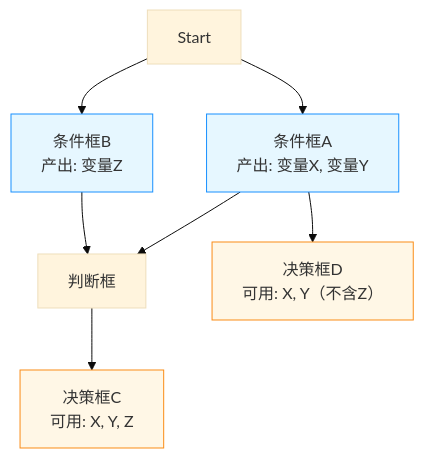
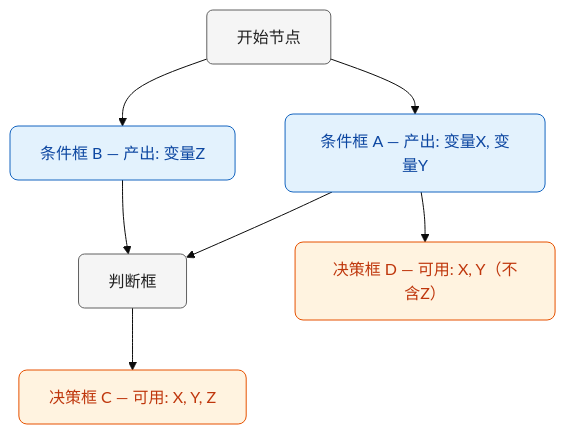
The fourth of 11 diagrams in docs/exp/javascript/107.md (zhaoky/site), drawn with Mermaid (base theme) before and after one commit. The commit also changed other lines of this file, not shown here.

Commit message:
feat: 更新文档，重构架构图并增强层级分离描述

````diff
--- a/docs/exp/javascript/107.md
+++ b/docs/exp/javascript/107.md
@@ -240,14 +292,18 @@
 ```mermaid
 graph TD
-    S["Start"] --> A["条件框A<br/>产出: 变量X, 变量Y"]
-    S --> B["条件框B<br/>产出: 变量Z"]
+    classDef producer fill:#E3F2FD,stroke:#1565C0,rx:8,color:#0D47A1
+    classDef consumer fill:#FFF3E0,stroke:#E65100,rx:8,color:#BF360C
+    classDef ctrl fill:#F5F5F5,stroke:#616161,rx:6,color:#212121
+
+    S["开始节点"] --> A["条件框 A — 产出: 变量X, 变量Y"]
+    S --> B["条件框 B — 产出: 变量Z"]
     A --> J["判断框"]
     B --> J
-    J --> C["决策框C<br/>可用: X, Y, Z"]
-    A --> D["决策框D<br/>可用: X, Y（不含Z）"]
+    J --> C["决策框 C — 可用: X, Y, Z"]
+    A --> D["决策框 D — 可用: X, Y（不含Z）"]
 
-    style A fill:#e6f7ff,stroke:#1890ff
-    style B fill:#e6f7ff,stroke:#1890ff
-    style C fill:#fff7e6,stroke:#fa8c16
-    style D fill:#fff7e6,stroke:#fa8c16
+    class S ctrl
+    class A,B producer
+    class C,D consumer
+    class J ctrl
 ```
````
